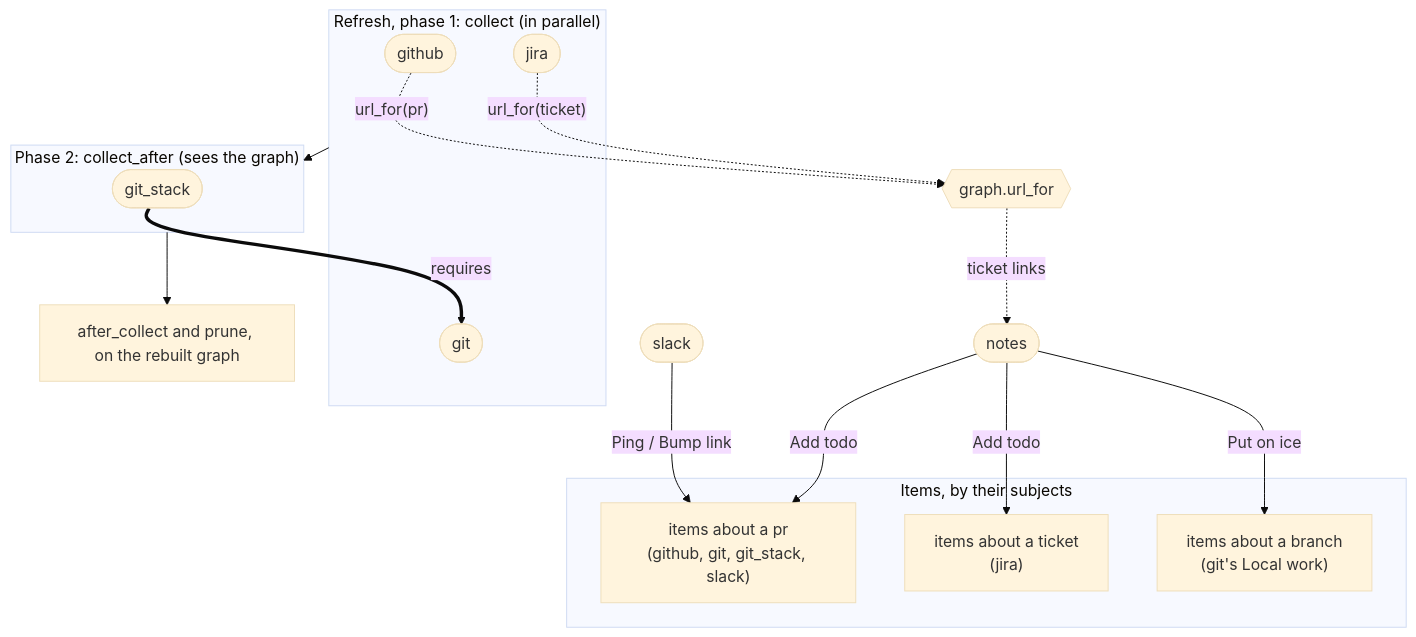
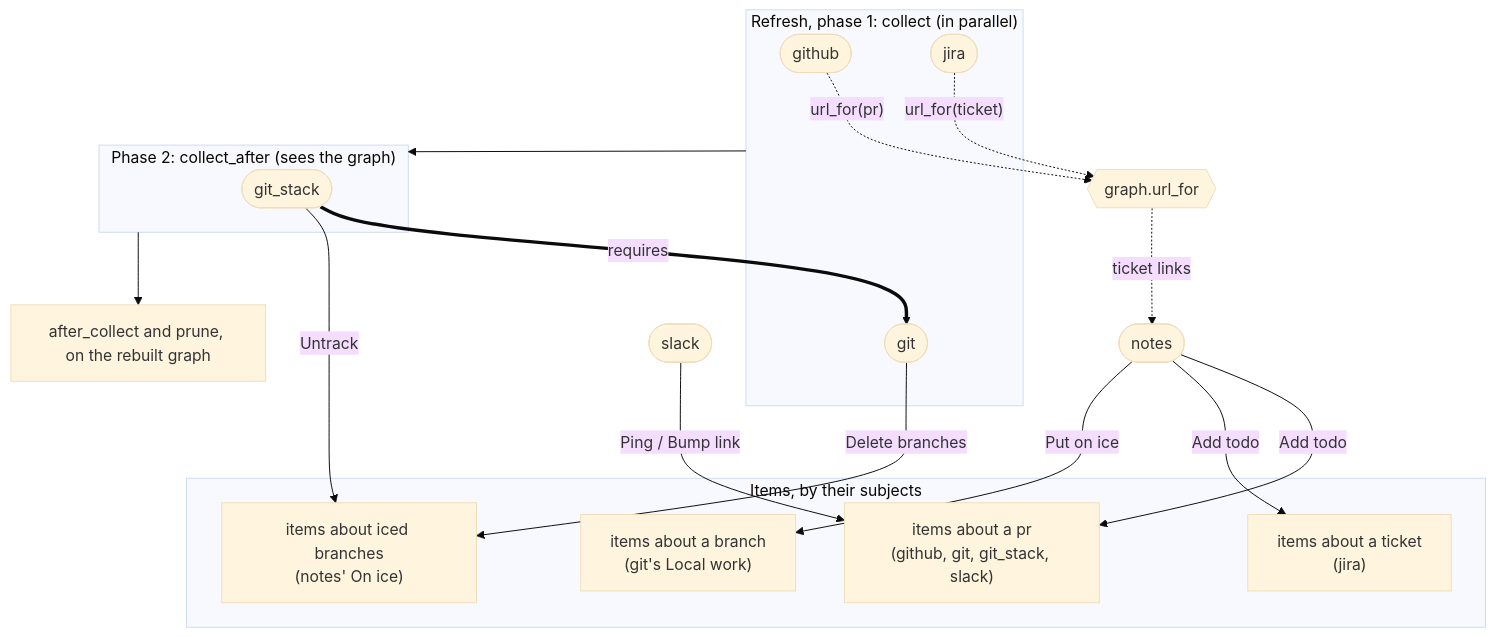
The second of 2 diagrams in docs/plugins.md (benekastah/move-forward), drawn with Mermaid (base theme) before and after one commit. The commit also changed 14 other files, not shown here.

First line of the commit message:
Let git and git_stack delete and untrack iced branches, not notes

````diff
--- a/docs/plugins.md
+++ b/docs/plugins.md
@@ -59,29 +59,32 @@
 ```mermaid
 flowchart TB
     subgraph Phase1["Refresh, phase 1: collect (in parallel)"]
         github([github])
         git([git])
         jira([jira])
     end
     subgraph Phase2["Phase 2: collect_after (sees the graph)"]
         git_stack([git_stack])
     end
     Phase1 --> Phase2
     Phase2 --> after["after_collect and prune, on the rebuilt graph"]
 
     git_stack == "requires" ==> git
 
     subgraph Items["Items, by their subjects"]
         prItems["items about a pr<br/>(github, git, git_stack, slack)"]
         ticketItems["items about a ticket<br/>(jira)"]
         branchItems["items about a branch<br/>(git's Local work)"]
+        icedItems["items about iced branches<br/>(notes' On ice)"]
     end
     slack([slack]) -- "Ping / Bump link" --> prItems
     notes([notes]) -- "Add todo" --> prItems
     notes -- "Add todo" --> ticketItems
     notes -- "Put on ice" --> branchItems
+    git -- "Delete branches" --> icedItems
+    git_stack -- "Untrack" --> icedItems
 
     github -. "url_for(pr)" .-> urls{{graph.url_for}}
     jira -. "url_for(ticket)" .-> urls
     urls -. "ticket links" .-> notes
 ```
````
